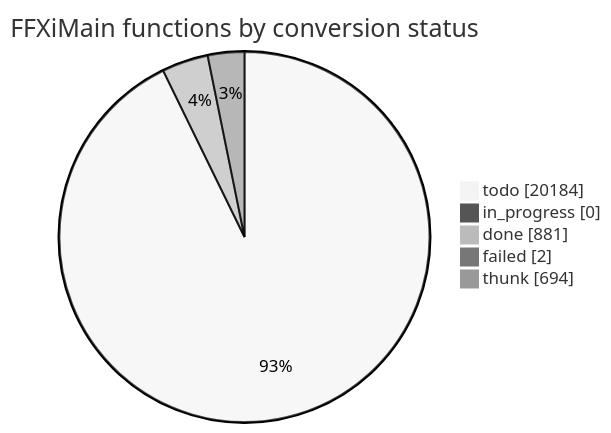
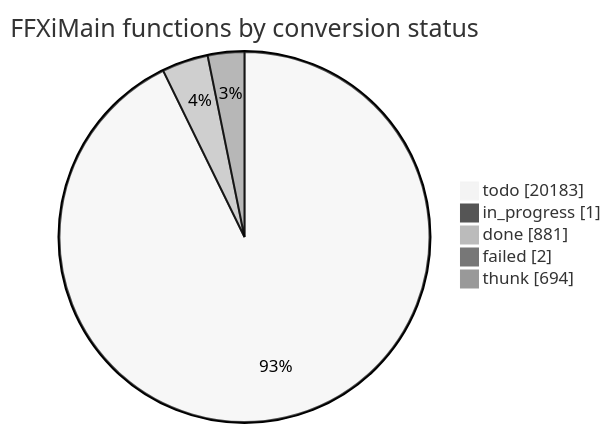
The diagram in docs/cow/STATUS.md (cowrevenge/cow_kuluu_xi_anything), drawn with Mermaid (neutral theme) before and after one commit. The commit also changed other lines of this file and 7 other files, not shown here.

````diff
--- a/docs/cow/STATUS.md
+++ b/docs/cow/STATUS.md
@@ -18,9 +18,9 @@
 ```mermaid
 pie showData
     title FFXiMain functions by conversion status
-    "todo" : 20184
-    "in_progress" : 0
+    "todo" : 20183
+    "in_progress" : 1
     "done" : 881
     "failed" : 2
     "thunk" : 694
 ```
````
